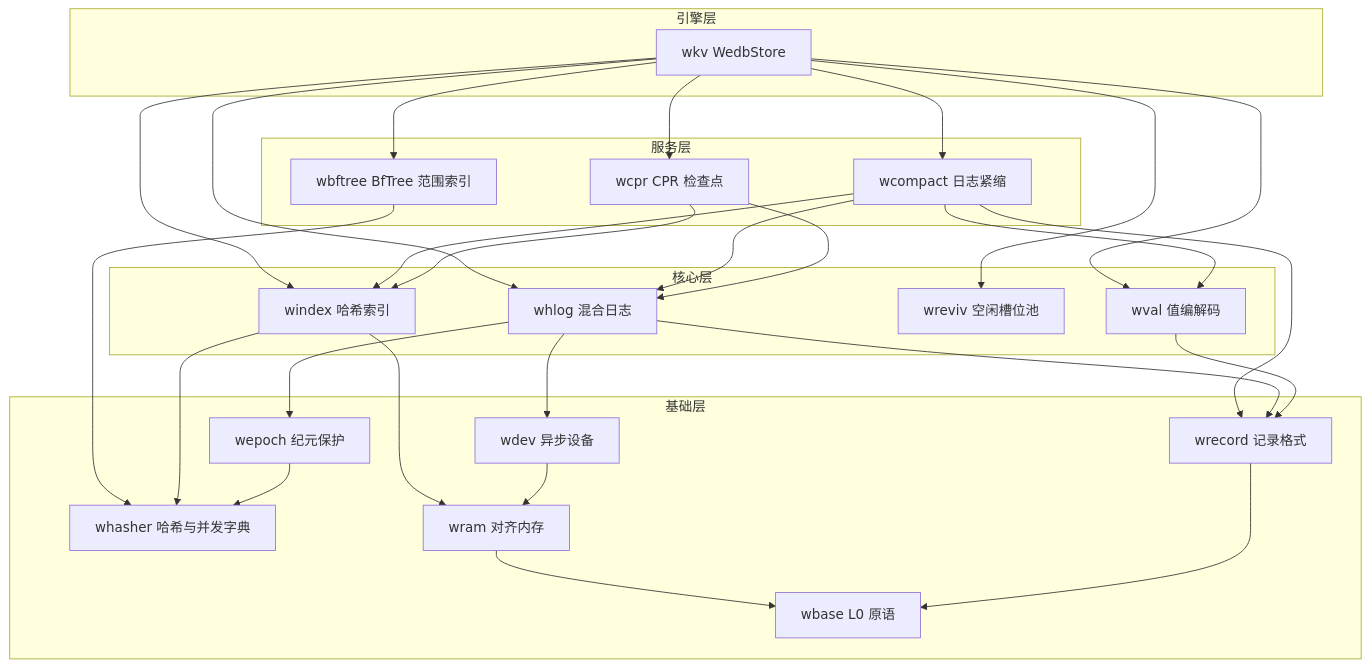
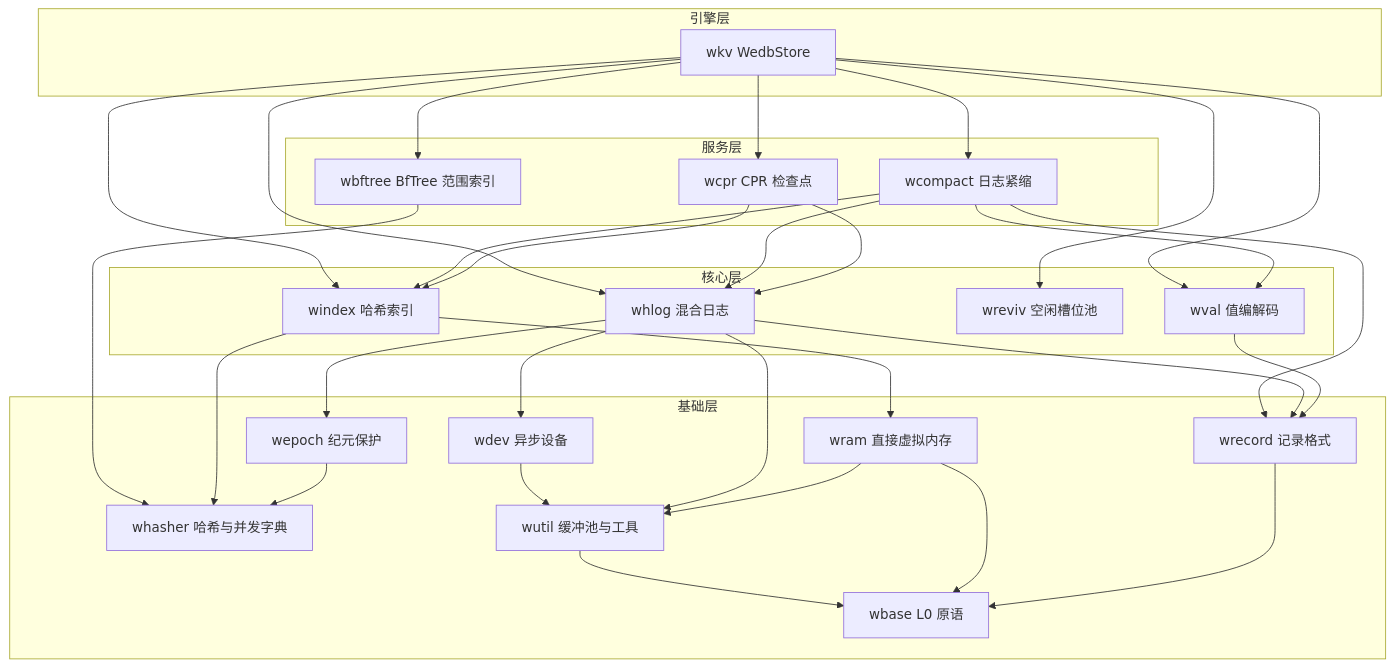
One commit to webc-site/wedb changed the first of 2 diagrams in embed/readme/zh.md. Above: the diagram before and after it, drawn with Mermaid. The commit also changed other lines of this file and 7 other files, not shown here.

````diff
--- a/embed/readme/zh.md
+++ b/embed/readme/zh.md
@@ -149,50 +149,54 @@
 ```mermaid
 graph TD
   subgraph engine[引擎层]
     wkv[wkv WedbStore]
   end
   subgraph services[服务层]
     wcpr[wcpr CPR 检查点]
     wcompact[wcompact 日志紧缩]
     wbftree[wbftree BfTree 范围索引]
   end
   subgraph core[核心层]
     whlog[whlog 混合日志]
     windex[windex 哈希索引]
     wreviv[wreviv 空闲槽位池]
     wval[wval 值编解码]
   end
   subgraph foundation[基础层]
     wrecord[wrecord 记录格式]
     wdev[wdev 异步设备]
     wepoch[wepoch 纪元保护]
     whasher[whasher 哈希与并发字典]
-    wram[wram 对齐内存]
+    wutil[wutil 缓冲池与工具]
+    wram[wram 直接虚拟内存]
     wbase[wbase L0 原语]
   end
 
   wkv --> wcpr
   wkv --> wcompact
   wkv --> wbftree
   wkv --> whlog
   wkv --> windex
   wkv --> wreviv
   wkv --> wval
   wcompact --> whlog
   wcompact --> windex
   wcompact --> wval
   wcompact --> wrecord
   wcpr --> whlog
   wcpr --> windex
   wbftree --> whasher
   whlog --> wrecord
   whlog --> wdev
   whlog --> wepoch
   windex --> whasher
   windex --> wram
   wval --> wrecord
-  wdev --> wram
+  wdev --> wutil
+  whlog --> wutil
+  wram --> wutil
+  wutil --> wbase
   wepoch --> whasher
   wram --> wbase
   wrecord --> wbase
 ```
````
